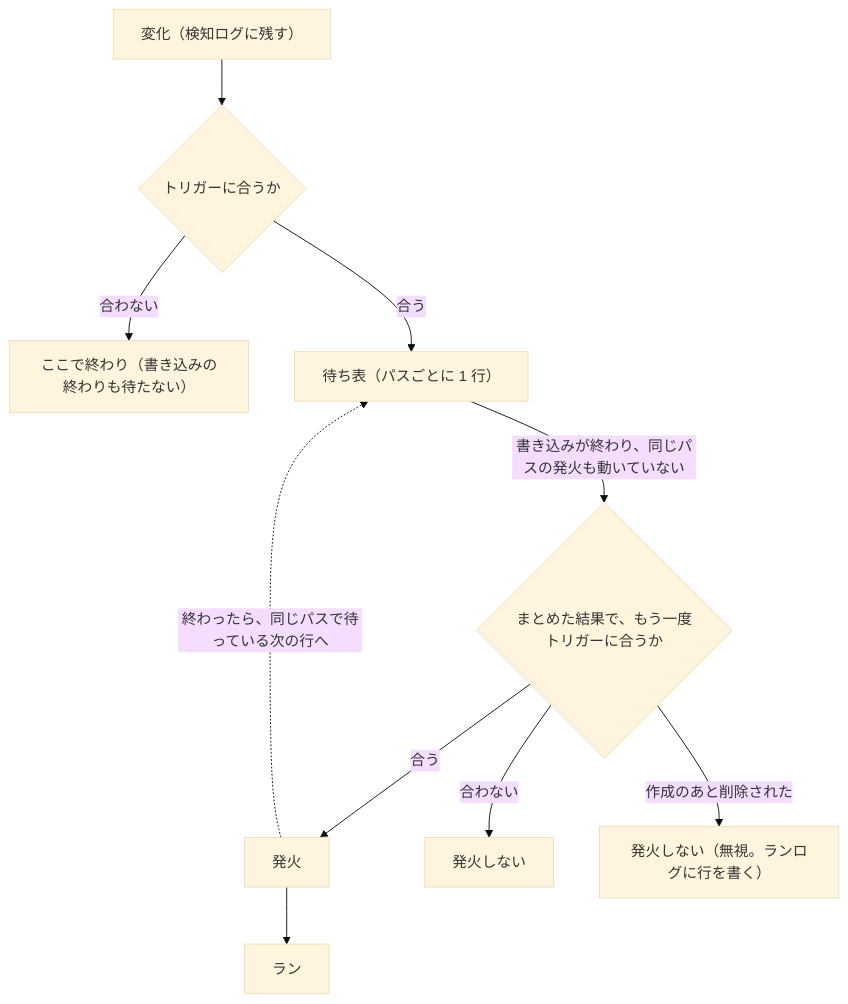
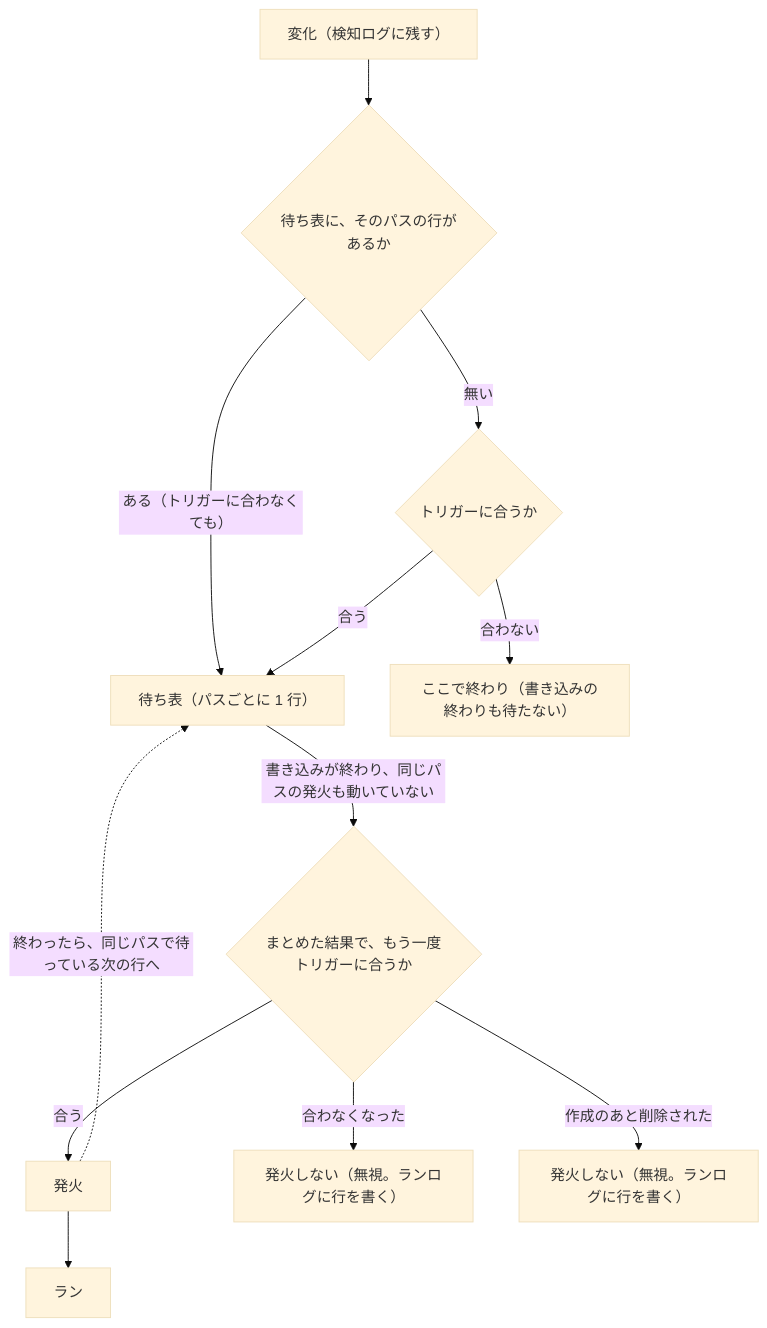
The fourth of 4 diagrams in docs/design.ja.md (capypara20/Foxonar), drawn with Mermaid (base theme) before and after one commit. The commit also changed other lines of this file and 3 other files, not shown here.

````diff
--- a/docs/design.ja.md
+++ b/docs/design.ja.md
@@ -324,12 +357,14 @@
 ```mermaid
 flowchart TD
-  change["変化（検知ログに残す）"] --> match{"トリガーに合うか"}
+  change["変化（検知ログに残す）"] --> row{"待ち表に、そのパスの行があるか"}
+  row -->|ある（トリガーに合わなくても）| pending
+  row -->|無い| match{"トリガーに合うか"}
   match -->|合わない| stop["ここで終わり（書き込みの終わりも待たない）"]
   match -->|合う| pending["待ち表（パスごとに 1 行）"]
   pending -->|書き込みが終わり、同じパスの発火も動いていない| check{"まとめた結果で、もう一度トリガーに合うか"}
   check -->|合う| firing["発火"]
-  check -->|合わない| nofire["発火しない"]
+  check -->|合わなくなった| nofire["発火しない（無視。ランログに行を書く）"]
   check -->|作成のあと削除された| ignore["発火しない（無視。ランログに行を書く）"]
   firing --> run["ラン"]
   firing -.->|終わったら、同じパスで待っている次の行へ| pending
 ```
````
